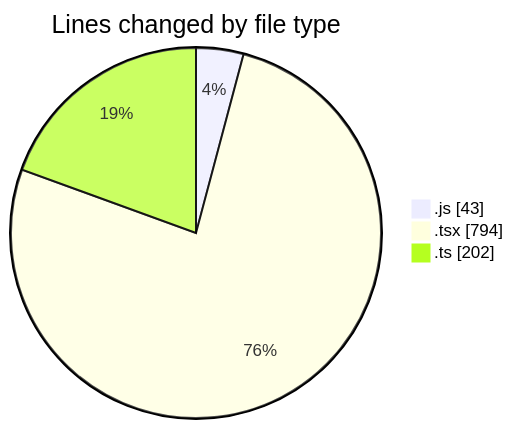
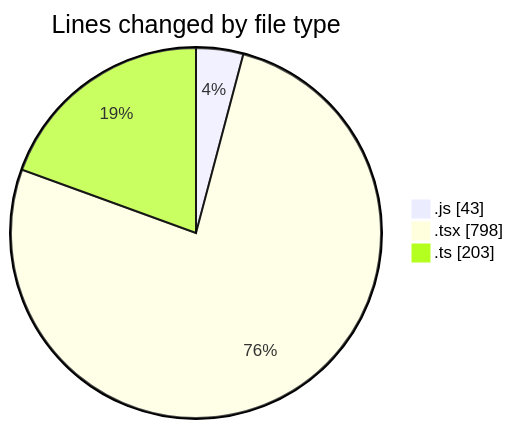
Before and after one commit to momahboobian/code-tracking: the first of 2 diagrams in 2026-03-09/cda/README.md, drawn with Mermaid. The commit also changed other lines of this file and 1 other file, not shown here.

````diff
--- a/2026-03-09/cda/README.md
+++ b/2026-03-09/cda/README.md
@@ -28,7 +28,7 @@
 ```mermaid
 pie showData
 title Lines changed by file type
 ".js" : 43
-".tsx" : 794
-".ts" : 202
+".tsx" : 798
+".ts" : 203
 ```
````
